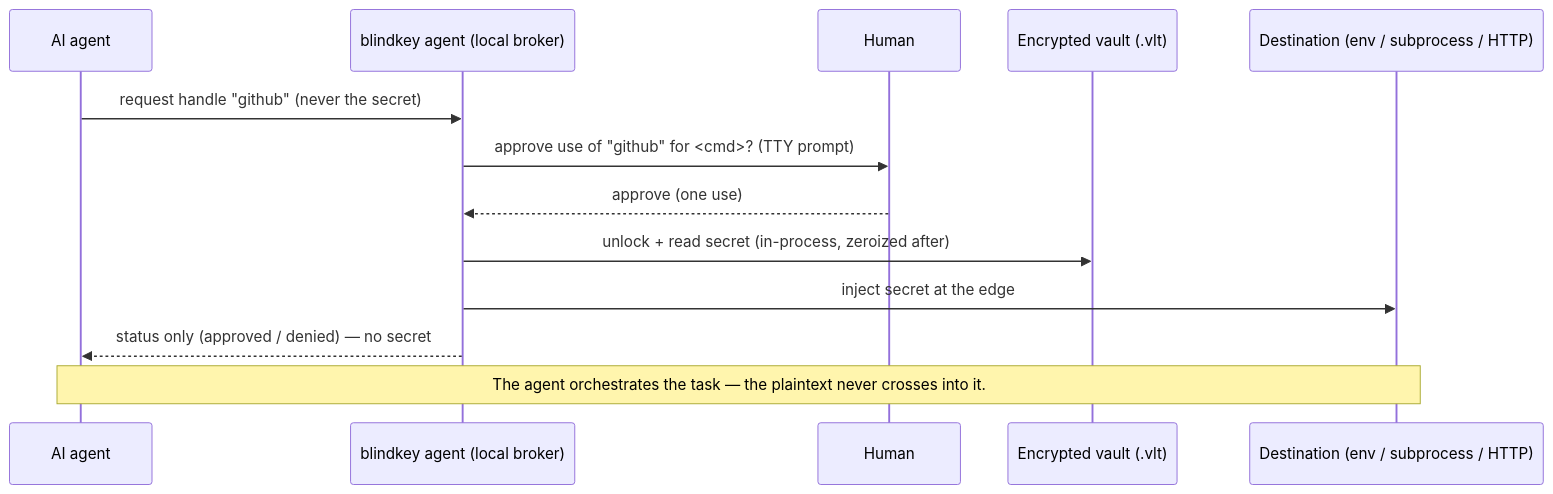
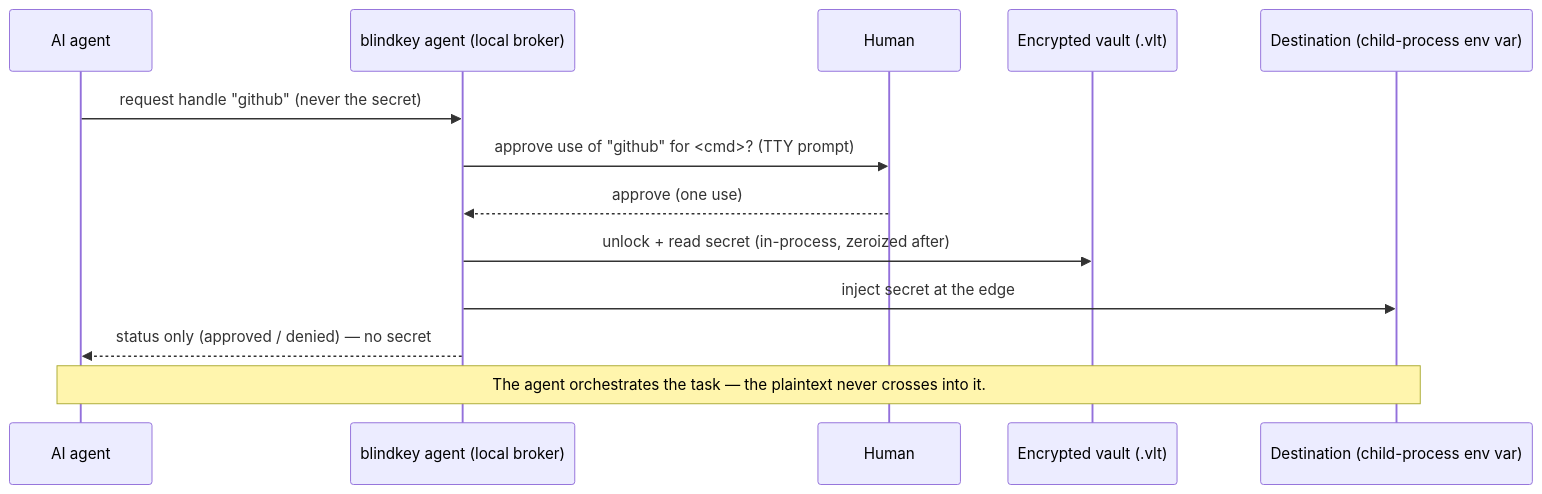
Before and after one commit to leocelis/blindkey: the first of 2 diagrams in README.md, drawn with Mermaid. The commit also changed other lines of this file and 24 other files, not shown here.

````diff
--- a/README.md
+++ b/README.md
@@ -71,16 +71,16 @@
 ```mermaid
 sequenceDiagram
     participant Agent as AI agent
     participant Broker as blindkey agent (local broker)
     participant Human
     participant Vault as Encrypted vault (.vlt)
-    participant Dest as Destination (env / subprocess / HTTP)
+    participant Dest as Destination (child-process env var)
 
     Agent->>Broker: request handle "github" (never the secret)
     Broker->>Human: approve use of "github" for <cmd>? (TTY prompt)
     Human-->>Broker: approve (one use)
     Broker->>Vault: unlock + read secret (in-process, zeroized after)
     Broker->>Dest: inject secret at the edge
     Broker-->>Agent: status only (approved / denied) — no secret
     Note over Agent,Dest: The agent orchestrates the task — the plaintext never crosses into it.
 ```
````
